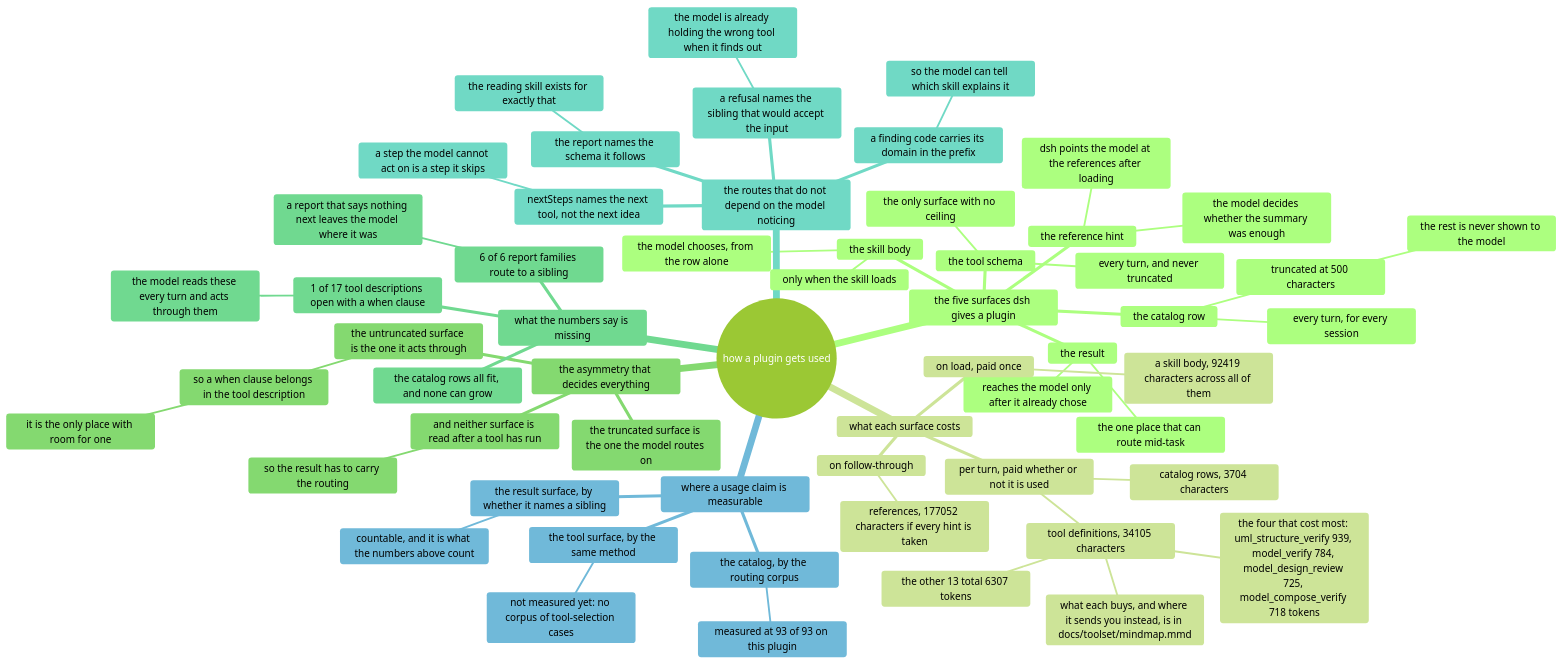
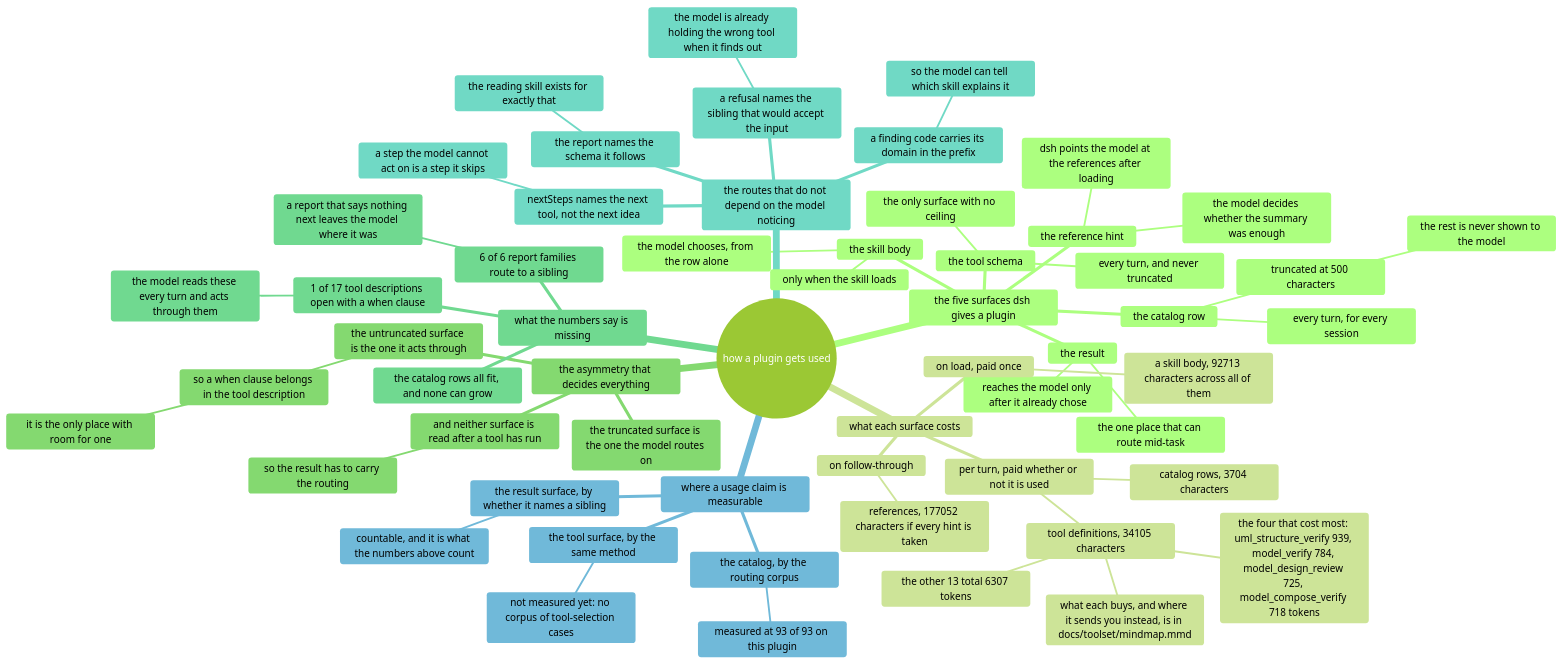
Before and after one commit to AmethystLuna/dsh-model-everything: the diagram in docs/usage/mindmap.mmd, drawn with Mermaid (forest theme). The commit also changed 10 other files, not shown here.

```diff
--- a/docs/usage/mindmap.mmd
+++ b/docs/usage/mindmap.mmd
@@ -1,59 +1,59 @@
 mindmap
 root((how a plugin gets used))
   the five surfaces dsh gives a plugin
     the catalog row
       every turn, for every session
       truncated at 500 characters
         the rest is never shown to the model
     the skill body
       only when the skill loads
       the model chooses, from the row alone
     the reference hint
       dsh points the model at the references after loading
       the model decides whether the summary was enough
     the tool schema
       every turn, and never truncated
       the only surface with no ceiling
     the result
       reaches the model only after it already chose
       the one place that can route mid-task
   what each surface costs
     per turn, paid whether or not it is used
       catalog rows, 3704 characters
       tool definitions, 34105 characters
         the four that cost most: uml_structure_verify 939, model_verify 784, model_design_review 725, model_compose_verify 718 tokens
         the other 13 total 6307 tokens
         what each buys, and where it sends you instead, is in docs/toolset/mindmap.mmd
     on load, paid once
-      a skill body, 92419 characters across all of them
+      a skill body, 92713 characters across all of them
     on follow-through
       references, 177052 characters if every hint is taken
   the asymmetry that decides everything
     the truncated surface is the one the model routes on
     the untruncated surface is the one it acts through
       so a when clause belongs in the tool description
         it is the only place with room for one
     and neither surface is read after a tool has run
       so the result has to carry the routing
   what the numbers say is missing
     1 of 17 tool descriptions open with a when clause
       the model reads these every turn and acts through them
     6 of 6 report families route to a sibling
       a report that says nothing next leaves the model where it was
     the catalog rows all fit, and none can grow
   the routes that do not depend on the model noticing
     a refusal names the sibling that would accept the input
       the model is already holding the wrong tool when it finds out
     nextSteps names the next tool, not the next idea
       a step the model cannot act on is a step it skips
     a finding code carries its domain in the prefix
       so the model can tell which skill explains it
     the report names the schema it follows
       the reading skill exists for exactly that
   where a usage claim is measurable
     the catalog, by the routing corpus
       measured at 93 of 93 on this plugin
     the tool surface, by the same method
       not measured yet: no corpus of tool-selection cases
     the result surface, by whether it names a sibling
       countable, and it is what the numbers above count
```
